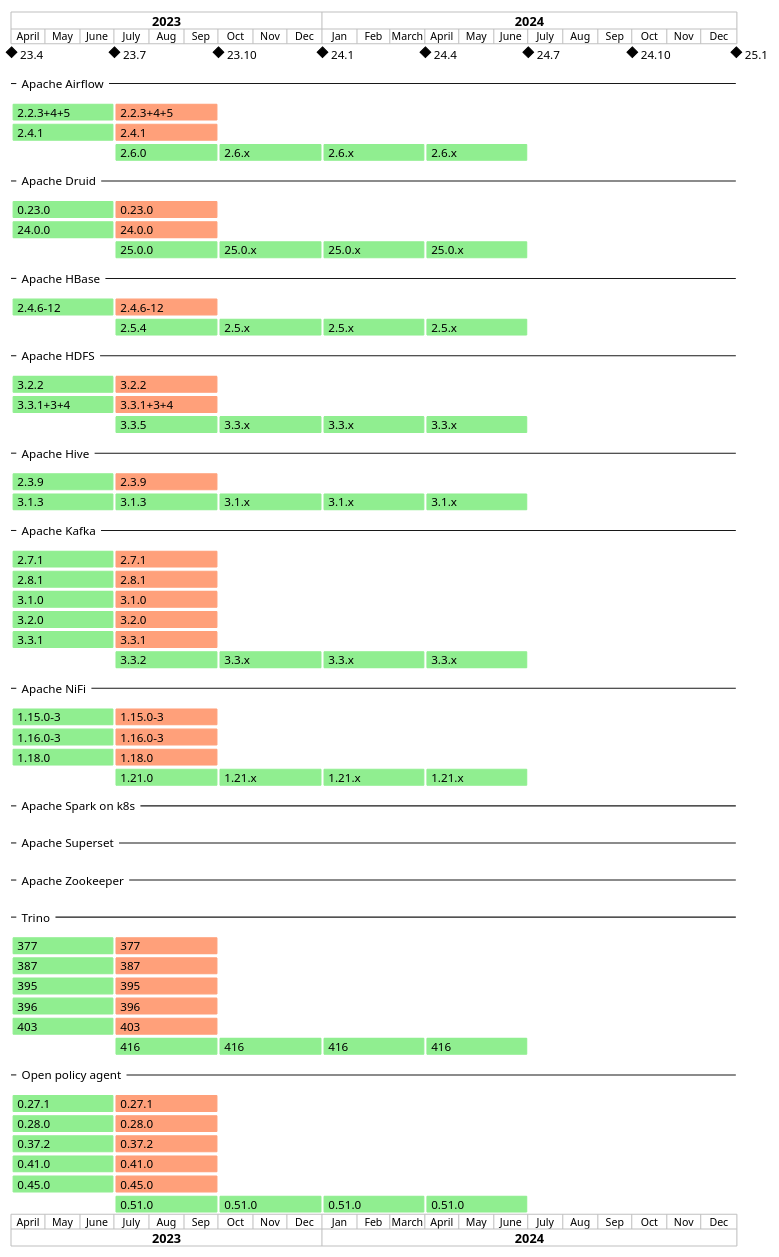
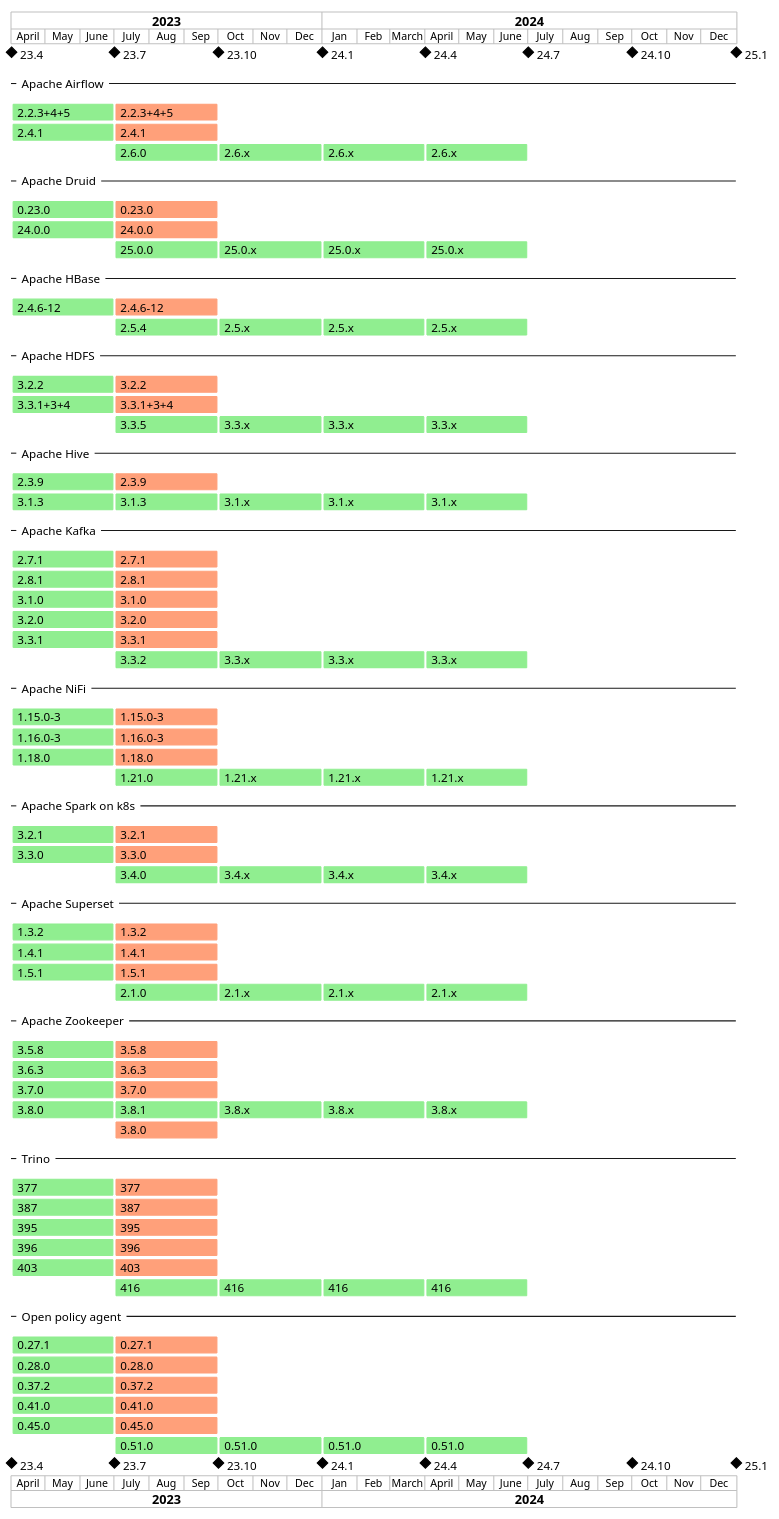
Before and after one commit to stackabletech/documentation: the diagram in modules/contributor/images/adr/29-product-versions.plantuml, drawn with PlantUML. The commit also changed 1 other file, not shown here.

Commit message:
Update 29-product-versions diagram

```diff
--- a/modules/contributor/images/adr/29-product-versions.plantuml
+++ b/modules/contributor/images/adr/29-product-versions.plantuml
@@ -125,8 +125,60 @@
 [1.21.x  ]     displays on same row as [1.21.0]
 
 -- Apache Spark on k8s --
+[3.2.1]        starts 2023-04-01 and ends 2023-07-01 and is colored in LightGreen
+[3.2.1 ]       starts 2023-07-01 and ends 2023-10-01 and is colored in LightSalmon
+[3.2.1 ]       displays on same row as [3.2.1]
+[3.3.0]        starts 2023-04-01 and ends 2023-07-01 and is colored in LightGreen
+[3.3.0 ]       starts 2023-07-01 and ends 2023-10-01 and is colored in LightSalmon
+[3.3.0 ]       displays on same row as [3.3.0]
+[3.4.0]        starts 2023-07-01 and ends 2023-10-01 and is colored in LightGreen
+[3.4.x]        starts 2023-10-01 and ends 2024-01-01 and is colored in LightGreen
+[3.4.x]        displays on same row as [3.4.0]
+[3.4.x ]       starts 2024-01-01 and ends 2024-04-01 and is colored in LightGreen
+[3.4.x ]       displays on same row as [3.4.0]
+[3.4.x  ]      starts 2024-04-01 and ends 2024-07-01 and is colored in LightGreen
+[3.4.x  ]      displays on same row as [3.4.0]
+
 -- Apache Superset --
+[1.3.2]        starts 2023-04-01 and ends 2023-07-01 and is colored in LightGreen
+[1.3.2 ]       starts 2023-07-01 and ends 2023-10-01 and is colored in LightSalmon
+[1.3.2 ]       displays on same row as [1.3.2]
+[1.4.1]        starts 2023-04-01 and ends 2023-07-01 and is colored in LightGreen
+[1.4.1 ]       starts 2023-07-01 and ends 2023-10-01 and is colored in LightSalmon
+[1.4.1 ]       displays on same row as [1.4.1]
+[1.5.1]        starts 2023-04-01 and ends 2023-07-01 and is colored in LightGreen
+[1.5.1 ]       starts 2023-07-01 and ends 2023-10-01 and is colored in LightSalmon
+[1.5.1 ]       displays on same row as [1.5.1]
+[2.1.0]        starts 2023-07-01 and ends 2023-10-01 and is colored in LightGreen
+[2.1.x]        starts 2023-10-01 and ends 2024-01-01 and is colored in LightGreen
+[2.1.x]        displays on same row as [2.1.0]
+[2.1.x ]       starts 2024-01-01 and ends 2024-04-01 and is colored in LightGreen
+[2.1.x ]       displays on same row as [2.1.0]
+[2.1.x  ]      starts 2024-04-01 and ends 2024-07-01 and is colored in LightGreen
+[2.1.x  ]      displays on same row as [2.1.0]
+
 -- Apache Zookeeper --
+[3.5.8]        starts 2023-04-01 and ends 2023-07-01 and is colored in LightGreen
+[3.5.8 ]       starts 2023-07-01 and ends 2023-10-01 and is colored in LightSalmon
+[3.5.8 ]       displays on same row as [3.5.8]
+[3.6.3]        starts 2023-04-01 and ends 2023-07-01 and is colored in LightGreen
+[3.6.3 ]       starts 2023-07-01 and ends 2023-10-01 and is colored in LightSalmon
+[3.6.3 ]       displays on same row as [3.6.3]
+[3.7.0]        starts 2023-04-01 and ends 2023-07-01 and is colored in LightGreen
+[3.7.0 ]       starts 2023-07-01 and ends 2023-10-01 and is colored in LightSalmon
+[3.7.0 ]       displays on same row as [3.7.0]
+[3.8.0]        starts 2023-04-01 and ends 2023-07-01 and is colored in LightGreen
+[3.8.0 ]       starts 2023-07-01 and ends 2023-10-01 and is colored in LightSalmon
+[3.8.1 ]       starts 2023-07-01 and ends 2023-10-01 and is colored in LightGreen
+[3.8.1 ]       displays on same row as [3.8.0]
+[3.8.x]        starts 2023-10-01 and ends 2024-01-01 and is colored in LightGreen
+[3.8.x]        displays on same row as [3.8.0]
+[3.8.x ]       starts 2024-01-01 and ends 2024-04-01 and is colored in LightGreen
+[3.8.x ]       displays on same row as [3.8.0]
+[3.8.x  ]      starts 2024-04-01 and ends 2024-07-01 and is colored in LightGreen
+[3.8.x  ]      displays on same row as [3.8.0]
+
+
 -- Trino --
 [377]          starts 2023-04-01 and ends 2023-07-01 and is colored in LightGreen
 [377 ]         starts 2023-07-01 and ends 2023-10-01 and is colored in LightSalmon
@@ -175,4 +227,13 @@
 [0.51.0   ]    starts 2024-04-01 and ends 2024-07-01 and is colored in LightGreen
 [0.51.0   ]    displays on same row as [0.51.0]
 
+[23.4 ]  happens 2023-04-01
+[23.7 ]  happens 2023-07-01 and displays on same row as [23.4 ]
+[23.10 ] happens 2023-10-01 and displays on same row as [23.4 ]
+[24.1 ]  happens 2024-01-01 and displays on same row as [23.4 ]
+[24.4 ]  happens 2024-04-01 and displays on same row as [23.4 ]
+[24.7 ]  happens 2024-07-01 and displays on same row as [23.4 ]
+[24.10 ] happens 2024-10-01 and displays on same row as [23.4 ]
+[25.1 ]  happens 2025-01-01 and displays on same row as [23.4 ]
+
 @endgantt
```
